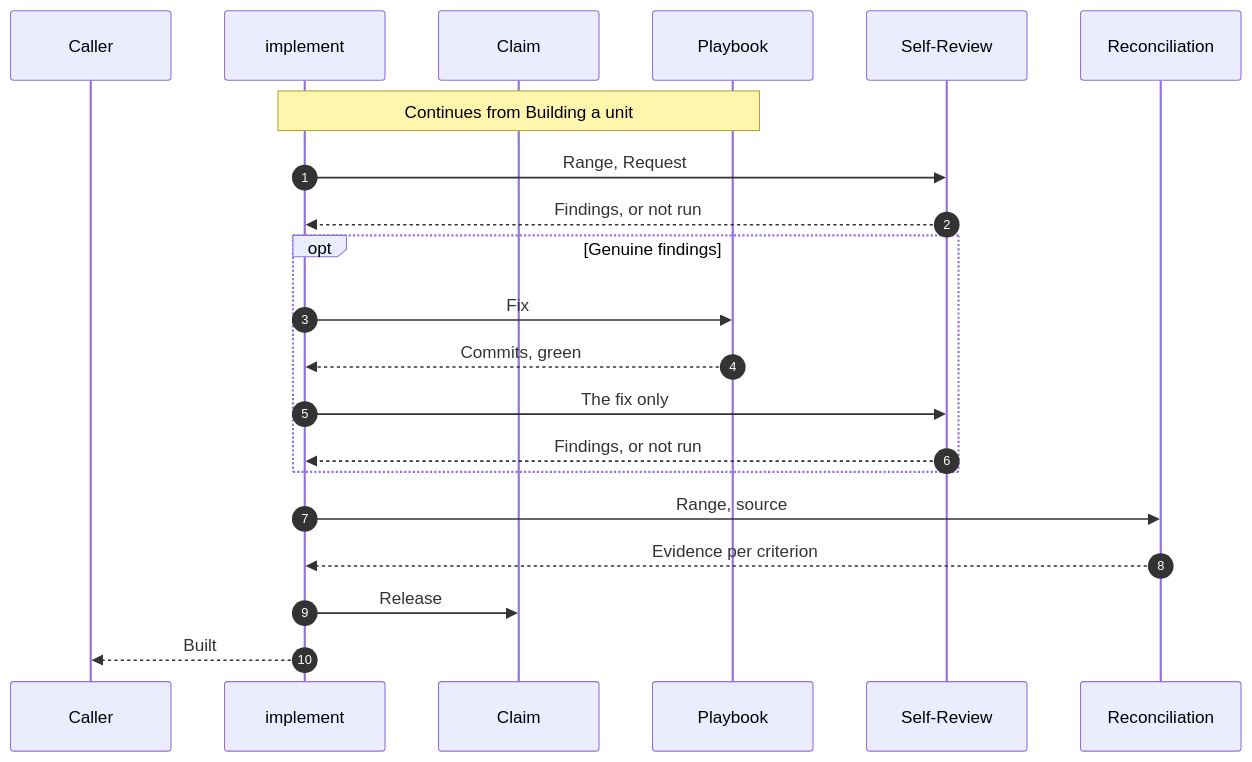
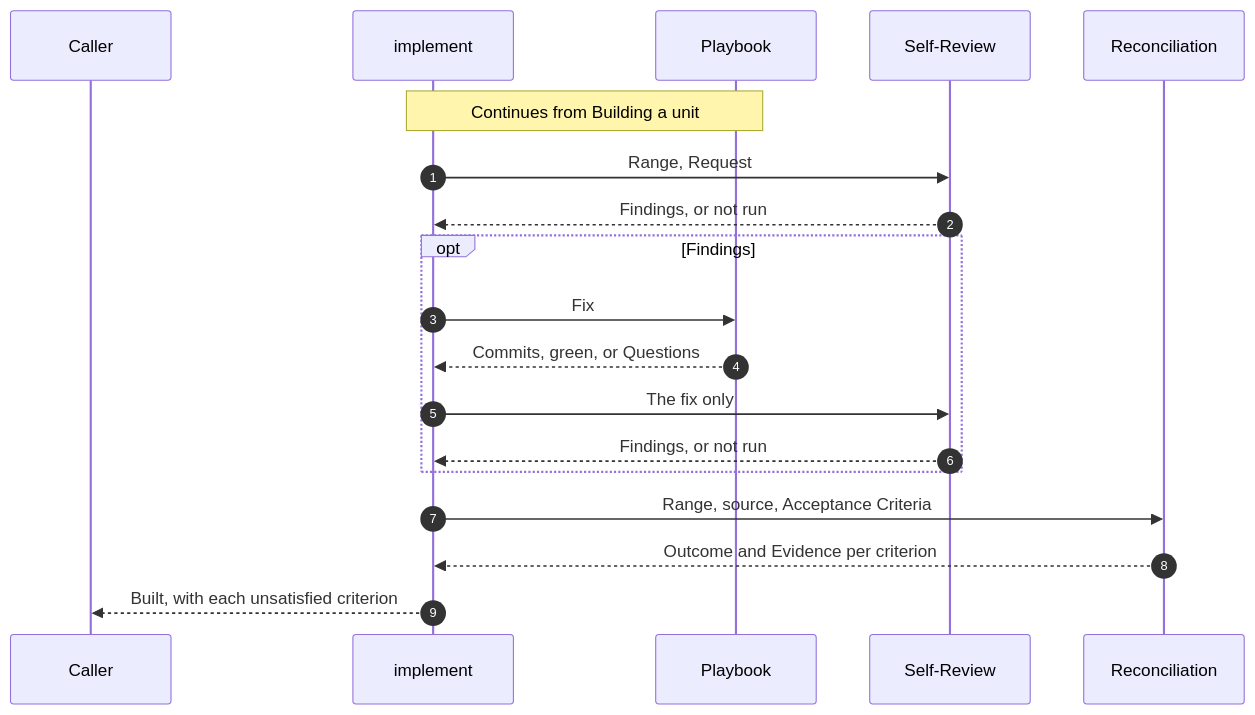
One commit to maro114510/skills changed the third of 3 diagrams in docs/design/implement.md. Above: the diagram before and after it, drawn with Mermaid. The commit also changed other lines of this file and 2 other files, not shown here.

First line of the commit message:
docs(implement): retarget the Design Doc to one unit per Issue (#798)

````diff
--- a/docs/design/implement.md
+++ b/docs/design/implement.md
@@ -104,23 +99,21 @@
 ```mermaid
 sequenceDiagram
     autonumber
     participant K as Caller
     participant I as implement
-    participant CL as Claim
     participant PB as Playbook
     participant SR as Self-Review
     participant RC as Reconciliation
     Note over I,PB: Continues from Building a unit
     I->>SR: Range, Request
     SR-->>I: Findings, or not run
-    opt Genuine findings
+    opt Findings
         I->>PB: Fix
-        PB-->>I: Commits, green
+        PB-->>I: Commits, green, or Questions
         I->>SR: The fix only
         SR-->>I: Findings, or not run
     end
-    I->>RC: Range, source
-    RC-->>I: Evidence per criterion
-    I->>CL: Release
-    I-->>K: Built
+    I->>RC: Range, source, Acceptance Criteria
+    RC-->>I: Outcome and Evidence per criterion
+    I-->>K: Built, with each unsatisfied criterion
 ```
````
